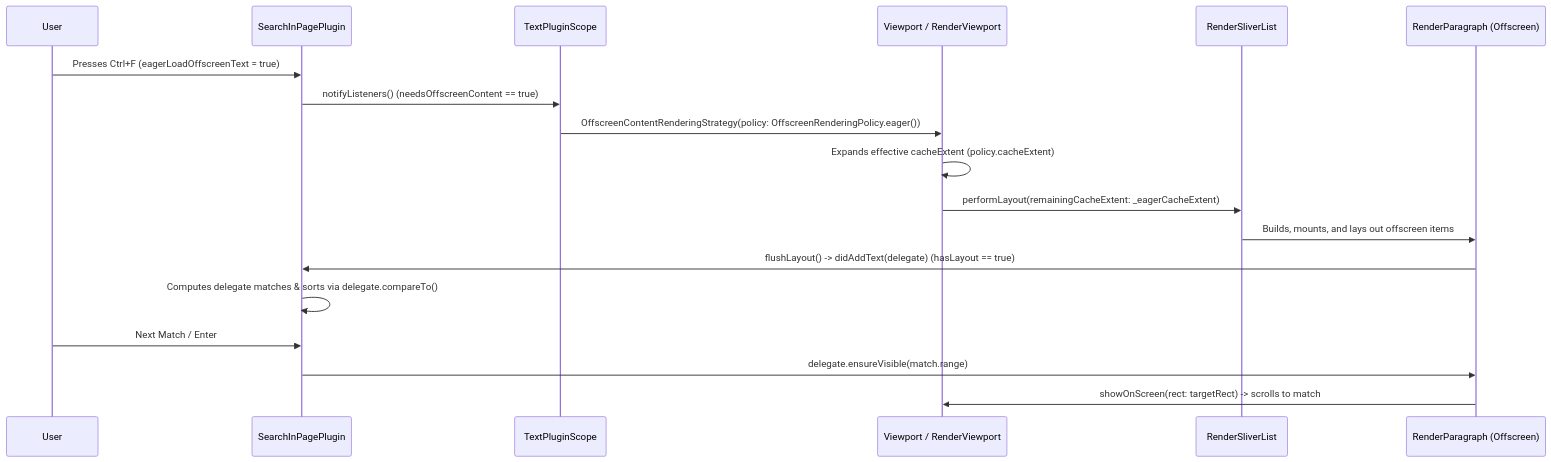
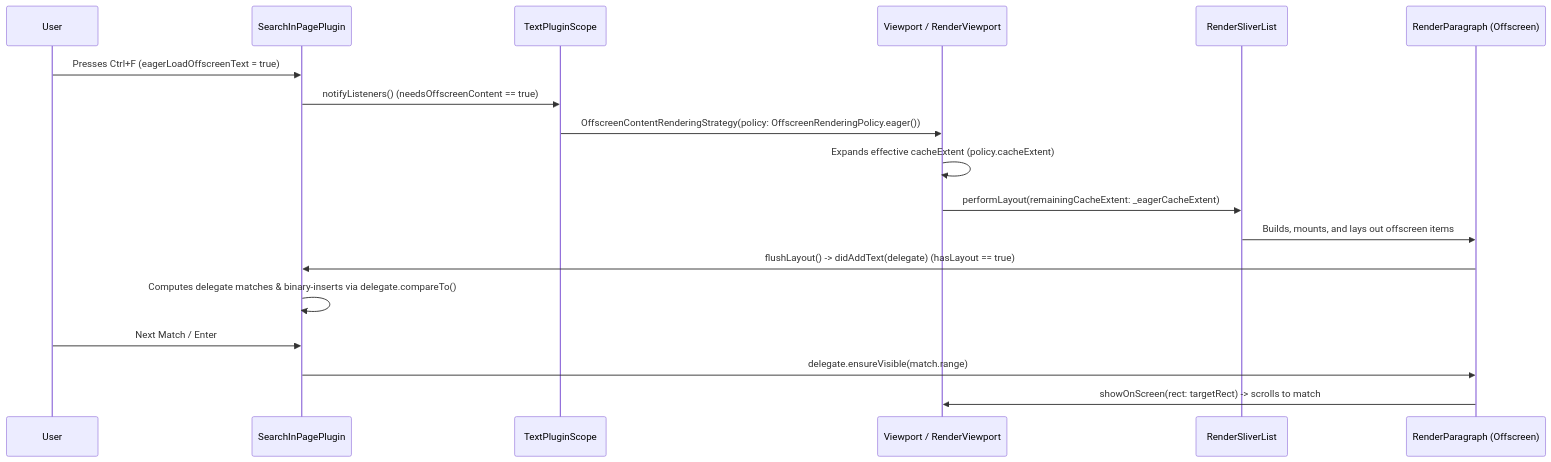
Before and after one commit to hannah-hyj/flutter: the third of 3 diagrams in text_plugins_design_doc.md, drawn with Mermaid. The commit also changed other lines of this file and 2 other files, not shown here.

````diff
--- a/text_plugins_design_doc.md
+++ b/text_plugins_design_doc.md
@@ -559,21 +585,21 @@
 ```mermaid
 sequenceDiagram
     participant User
     participant Plugin as SearchInPagePlugin
     participant Scope as TextPluginScope
     participant VP as Viewport / RenderViewport
     participant Sliver as RenderSliverList
     participant Para as RenderParagraph (Offscreen)
 
     User->>Plugin: Presses Ctrl+F (eagerLoadOffscreenText = true)
     Plugin->>Scope: notifyListeners() (needsOffscreenContent == true)
     Scope->>VP: OffscreenContentRenderingStrategy(policy: OffscreenRenderingPolicy.eager())
     VP->>VP: Expands effective cacheExtent (policy.cacheExtent)
     VP->>Sliver: performLayout(remainingCacheExtent: _eagerCacheExtent)
     Sliver->>Para: Builds, mounts, and lays out offscreen items
     Para->>Plugin: flushLayout() -> didAddText(delegate) (hasLayout == true)
-    Plugin->>Plugin: Computes delegate matches & sorts via delegate.compareTo()
+    Plugin->>Plugin: Computes delegate matches & binary-inserts via delegate.compareTo()
     User->>Plugin: Next Match / Enter
     Plugin->>Para: delegate.ensureVisible(match.range)
     Para->>VP: showOnScreen(rect: targetRect) -> scrolls to match
 ```
````
